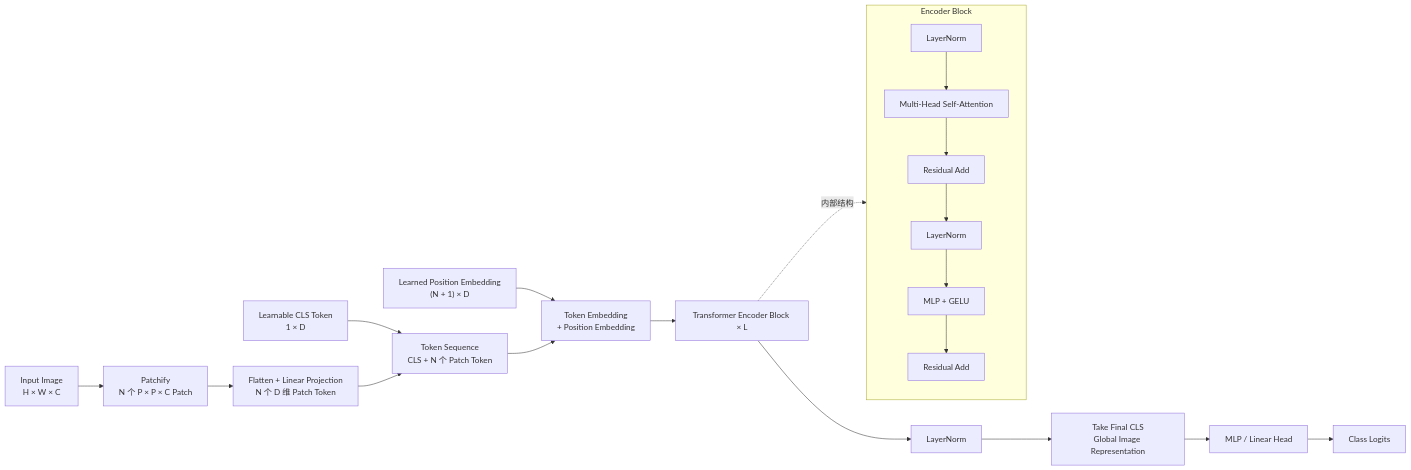
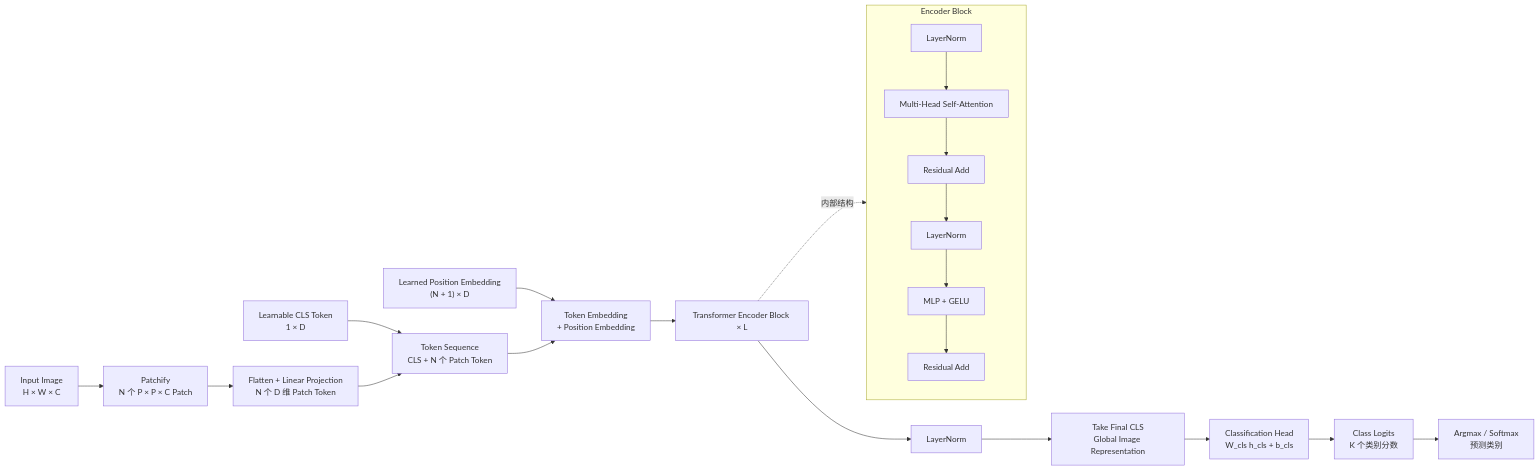
The diagram in 02-笔记文档/多模态VLM/01-ViT.md (PyrePuin/From-Zero-LLM-Agent-Infra-Notes), drawn with Mermaid before and after one commit. The commit also changed other lines of this file, not shown here.

Commit message:
完善 ViT 的 CLS 分类说明

````diff
--- a/02-笔记文档/多模态VLM/01-ViT.md
+++ b/02-笔记文档/多模态VLM/01-ViT.md
@@ -60,24 +60,25 @@
 ```mermaid
 flowchart LR
     A["Input Image<br/>H × W × C"] --> B["Patchify<br/>N 个 P × P × C Patch"]
     B --> C["Flatten + Linear Projection<br/>N 个 D 维 Patch Token"]
     T["Learnable CLS Token<br/>1 × D"] --> D["Token Sequence<br/>CLS + N 个 Patch Token"]
     C --> D
     P["Learned Position Embedding<br/>(N + 1) × D"] --> E["Token Embedding<br/>+ Position Embedding"]
     D --> E
     E --> F["Transformer Encoder Block × L"]
     F --> G["LayerNorm"]
     G --> H["Take Final CLS<br/>Global Image Representation"]
-    H --> I["MLP / Linear Head"]
-    I --> J["Class Logits"]
+    H --> I["Classification Head<br/>W_cls h_cls + b_cls"]
+    I --> J["Class Logits<br/>K 个类别分数"]
+    J --> R["Argmax / Softmax<br/>预测类别"]
 
     subgraph BLOCK["Encoder Block"]
         direction TB
         K["LayerNorm"] --> L1["Multi-Head Self-Attention"]
         L1 --> M["Residual Add"]
         M --> N1["LayerNorm"]
         N1 --> O["MLP + GELU"]
         O --> Q["Residual Add"]
     end
     F -.->|内部结构| K
 ```
````
